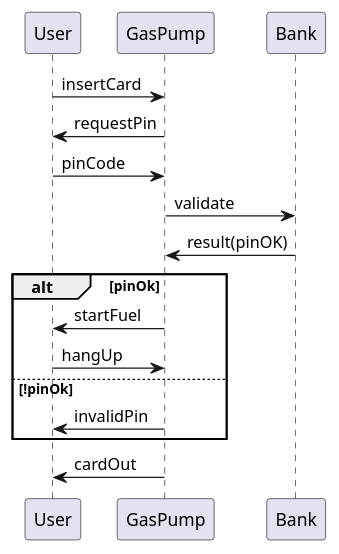
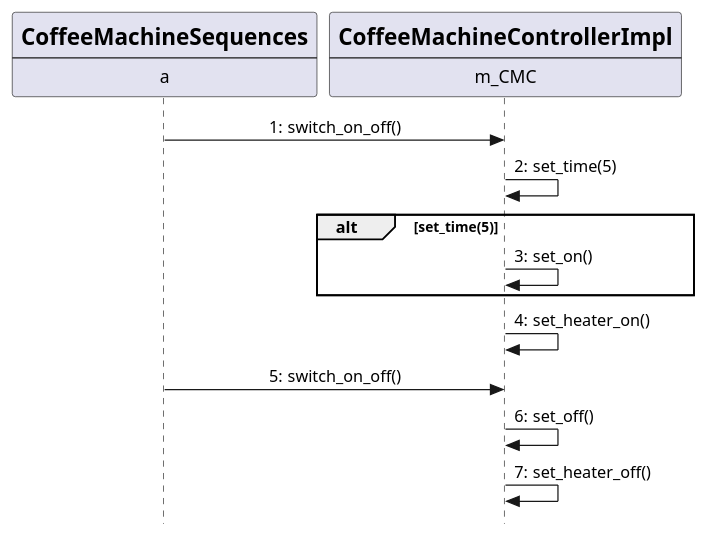
The diagram in swtp2/input.plantuml (lkdev97/swtp_impl), drawn with PlantUML before and after one commit. The commit also changed 6 other files, not shown here.

```diff
--- a/swtp2/input.plantuml
+++ b/swtp2/input.plantuml
@@ -1,14 +1,29 @@
-@startuml test
-User -> GasPump: insertCard
-GasPump -> User: requestPin
-User -> GasPump: pinCode
-GasPump -> Bank: validate
-Bank -> GasPump: result(pinOK)
-alt pinOk
-GasPump -> User: startFuel
-User -> GasPump: hangUp
-else !pinOk
-GasPump -> User: invalidPin
+@startuml CoffeeMachine_sequence_on_off
+skinparam Style strictuml
+skinparam SequenceMessageAlignment center
+autonumber "0:"
+participant CoffeeMachineSequences [
+    =CoffeeMachineSequences
+    ----
+    a
+]
+participant CoffeeMachineControllerImpl  [
+    =CoffeeMachineControllerImpl
+    ----
+    m_CMC
+]
+
+CoffeeMachineSequences -> CoffeeMachineControllerImpl : switch_on_off()
+'activate CoffeeMachineSequences
+CoffeeMachineControllerImpl -> CoffeeMachineControllerImpl : set_time(5)
+
+alt set_time(5)
+    CoffeeMachineControllerImpl -> CoffeeMachineControllerImpl : set_on()
 end
-GasPump -> User: cardOut
+CoffeeMachineControllerImpl -> CoffeeMachineControllerImpl : set_heater_on()
+
+CoffeeMachineSequences -> CoffeeMachineControllerImpl : switch_on_off()
+'deactivate CoffeeMachineSequences
+CoffeeMachineControllerImpl -> CoffeeMachineControllerImpl : set_off()
+CoffeeMachineControllerImpl -> CoffeeMachineControllerImpl : set_heater_off()
 @enduml
```
